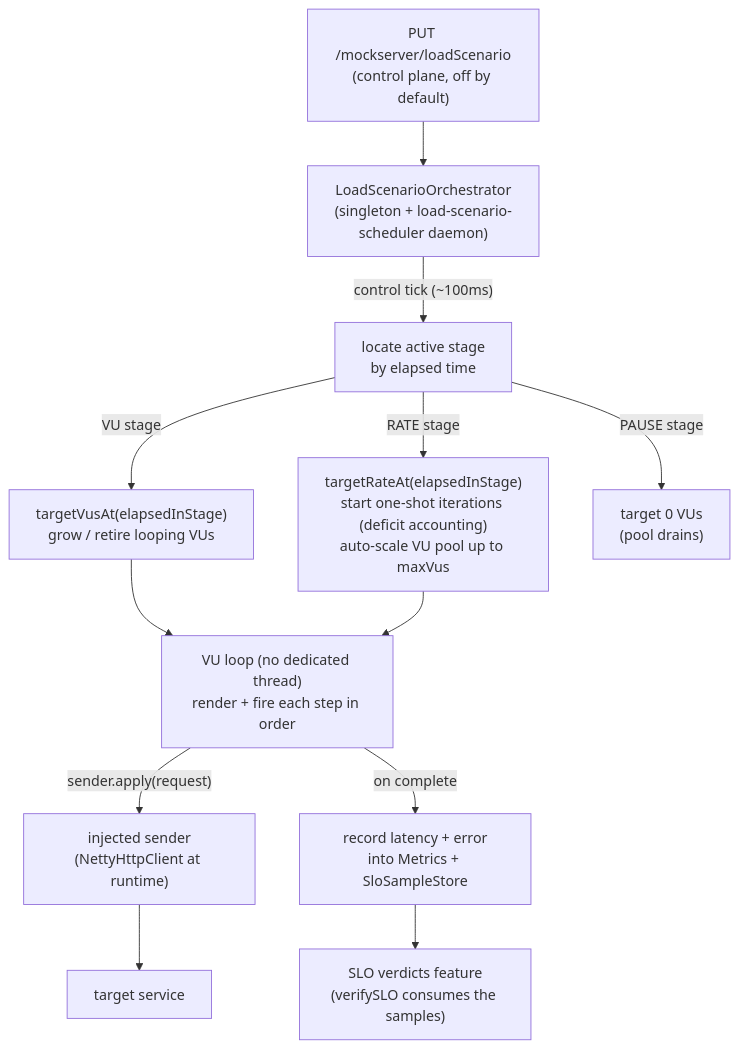
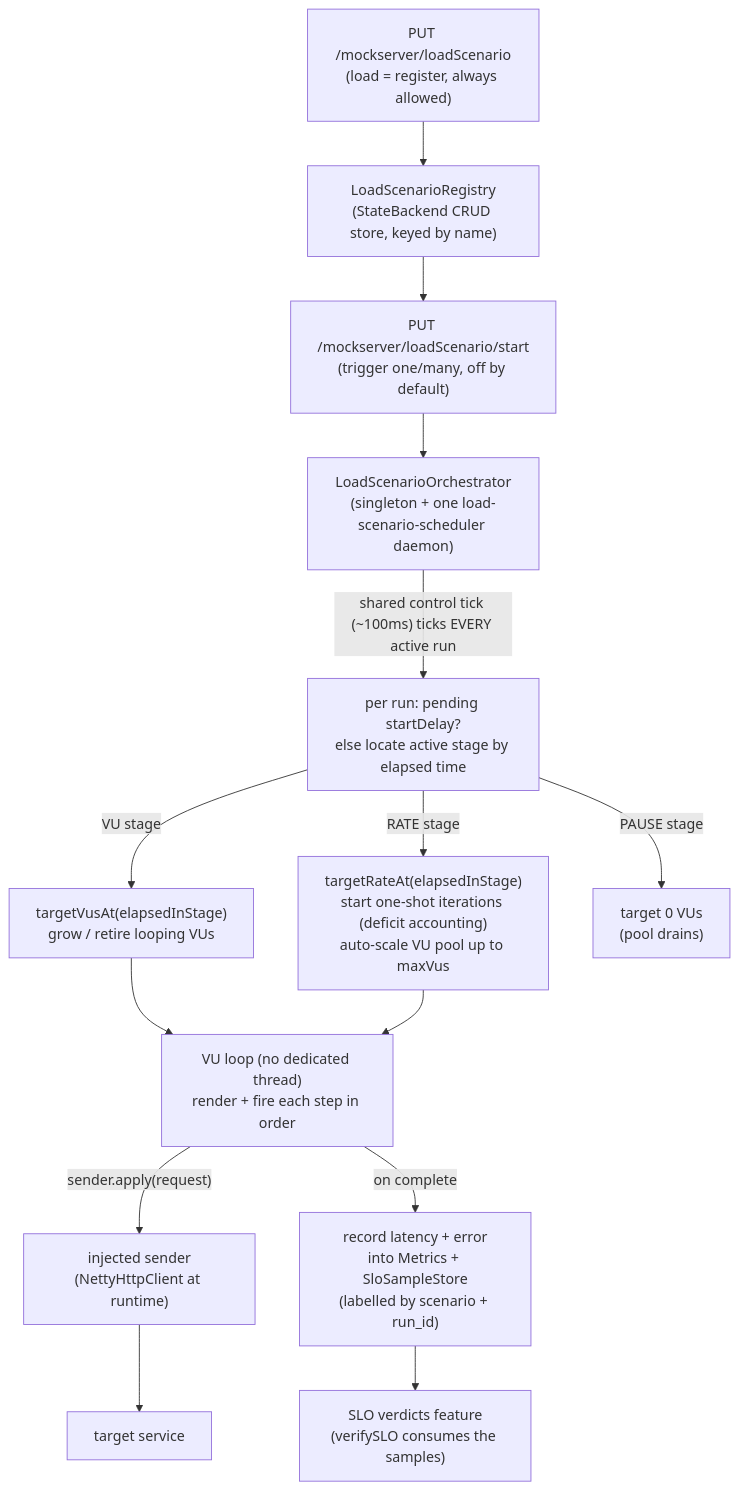
The second of 2 diagrams in docs/code/load-generation.md (sean8601/mockserver-monorepo), drawn with Mermaid before and after one commit. The commit also changed other lines of this file and 27 other files, not shown here.

````diff
--- a/docs/code/load-generation.md
+++ b/docs/code/load-generation.md
@@ -15,14 +37,16 @@
 ```mermaid
 flowchart TD
-    PUT["PUT /mockserver/loadScenario\n(control plane, off by default)"] --> ORCH["LoadScenarioOrchestrator\n(singleton + load-scenario-scheduler daemon)"]
-    ORCH -->|"control tick (~100ms)"| STAGE["locate active stage\nby elapsed time"]
+    PUT["PUT /mockserver/loadScenario\n(load = register, always allowed)"] --> REG["LoadScenarioRegistry\n(StateBackend CRUD store, keyed by name)"]
+    START["PUT /mockserver/loadScenario/start\n(trigger one/many, off by default)"] --> ORCH["LoadScenarioOrchestrator\n(singleton + one load-scenario-scheduler daemon)"]
+    REG --> START
+    ORCH -->|"shared control tick (~100ms) ticks EVERY active run"| STAGE["per run: pending startDelay?\nelse locate active stage by elapsed time"]
     STAGE -->|"VU stage"| VUD["targetVusAt(elapsedInStage)\ngrow / retire looping VUs"]
     STAGE -->|"RATE stage"| RATED["targetRateAt(elapsedInStage)\nstart one-shot iterations (deficit accounting)\nauto-scale VU pool up to maxVus"]
     STAGE -->|"PAUSE stage"| PAUSE["target 0 VUs\n(pool drains)"]
     VUD --> VU["VU loop (no dedicated thread)\nrender + fire each step in order"]
     RATED --> VU
     VU -->|"sender.apply(request)"| SENDER["injected sender\n(NettyHttpClient at runtime)"]
     SENDER --> TARGET["target service"]
-    VU -->|"on complete"| REC["record latency + error\ninto Metrics + SloSampleStore"]
+    VU -->|"on complete"| REC["record latency + error\ninto Metrics + SloSampleStore\n(labelled by scenario + run_id)"]
     REC --> SLO["SLO verdicts feature\n(verifySLO consumes the samples)"]
 ```
````
